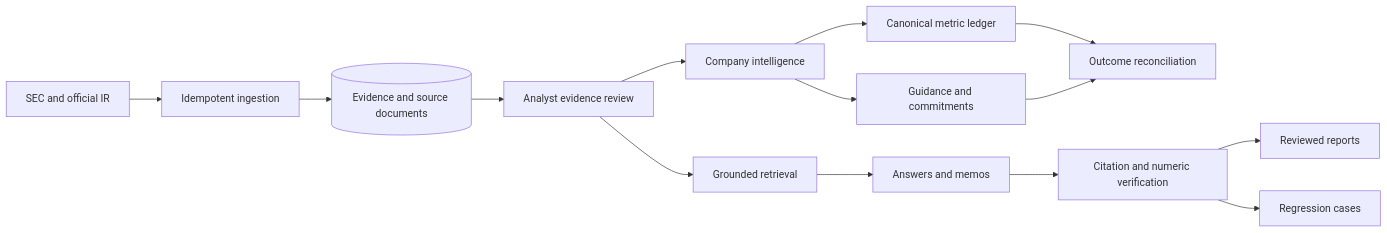
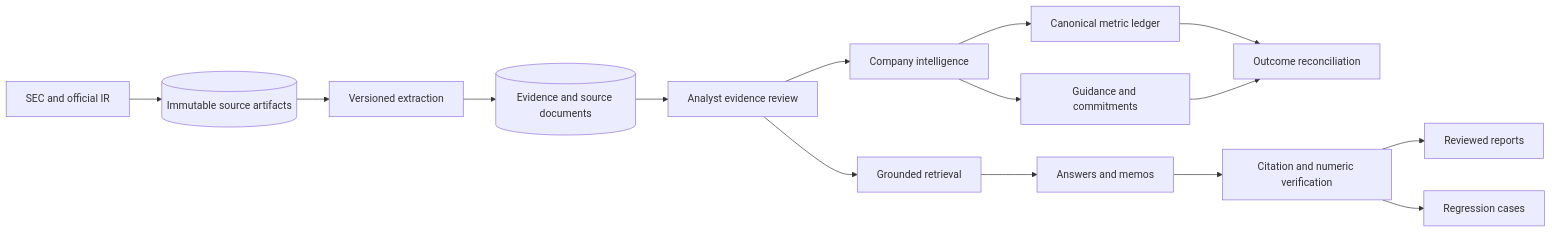
The diagram in docs/architecture/README.md (timwong101/ai-infra-terminal), drawn with Mermaid before and after one commit. The commit also changed other lines of this file and 32 other files, not shown here.

Commit message:
feat: add immutable source artifact vault

````diff
--- a/docs/architecture/README.md
+++ b/docs/architecture/README.md
@@ -7,16 +7,17 @@
 ```mermaid
 flowchart LR
-  SOURCES[SEC and official IR] --> INGEST[Idempotent ingestion]
+  SOURCES[SEC and official IR] --> ARCHIVE[(Immutable source artifacts)]
+  ARCHIVE --> INGEST[Versioned extraction]
   INGEST --> EVIDENCE[(Evidence and source documents)]
   EVIDENCE --> REVIEW[Analyst evidence review]
   REVIEW --> RETRIEVAL[Grounded retrieval]
   REVIEW --> INTEL[Company intelligence]
   INTEL --> METRICS[Canonical metric ledger]
   INTEL --> COMMITMENTS[Guidance and commitments]
   METRICS --> OUTCOMES[Outcome reconciliation]
   COMMITMENTS --> OUTCOMES
   RETRIEVAL --> ANSWERS[Answers and memos]
   ANSWERS --> VERIFY[Citation and numeric verification]
   VERIFY --> REPORTS[Reviewed reports]
   VERIFY --> EVALS[Regression cases]
 ```
````
